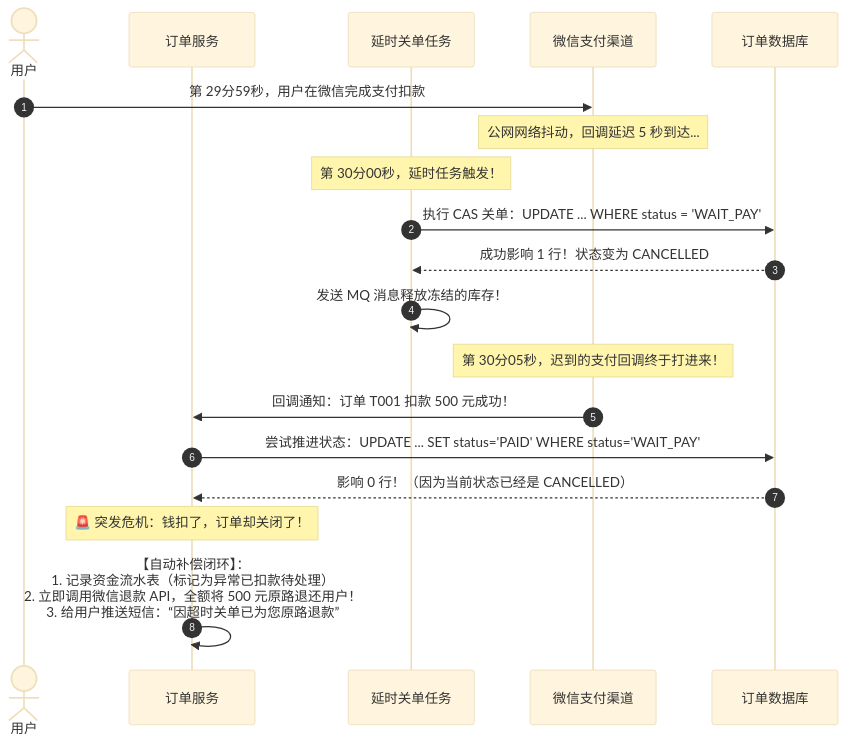
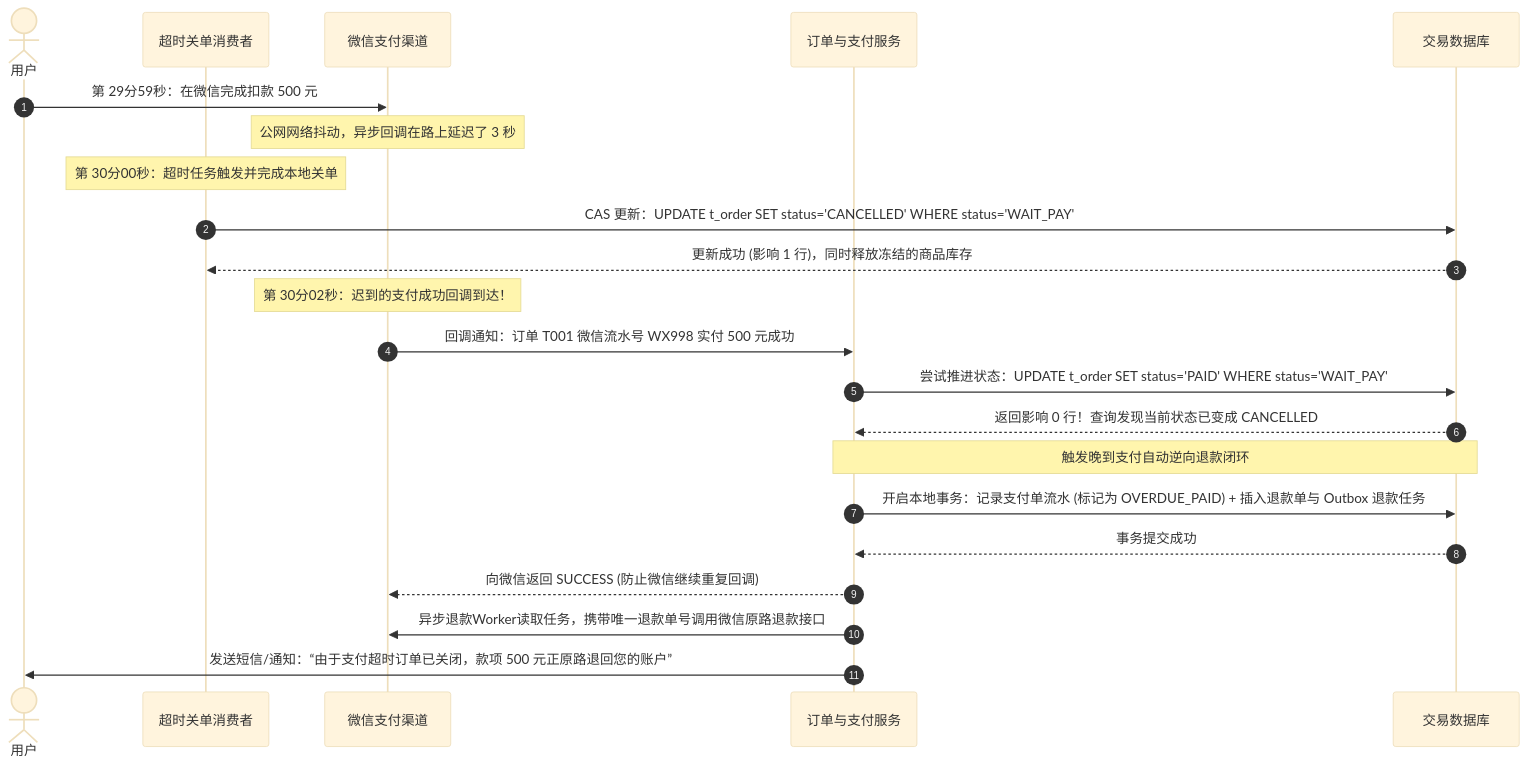
Before and after one commit to GuoWWWX/knowledge-base: the second of 3 diagrams in 20-Java后端/08-系统设计/07-订单系统设计.md, drawn with Mermaid (base theme). The commit also changed other lines of this file and 251 other files, not shown here.

````diff
--- a/20-Java后端/08-系统设计/07-订单系统设计.md
+++ b/20-Java后端/08-系统设计/07-订单系统设计.md
@@ -81,25 +98,28 @@
 ```mermaid
 sequenceDiagram
     autonumber
     actor User as 用户
-    participant App as 订单服务
-    participant Job as 延时关单任务
+    participant Job as 超时关单消费者
     participant Wechat as 微信支付渠道
-    participant DB as 订单数据库
+    participant OrderSvc as 订单与支付服务
+    participant DB as 交易数据库
 
-    User->>Wechat: 第 29分59秒，用户在微信完成支付扣款
-    Note over Wechat: 公网网络抖动，回调延迟 5 秒到达...
-    
-    Note over Job: 第 30分00秒，延时任务触发！
-    Job->>DB: 执行 CAS 关单：UPDATE ... WHERE status = 'WAIT_PAY'
-    DB-->>Job: 成功影响 1 行！状态变为 CANCELLED
-    Job->>Job: 发送 MQ 消息释放冻结的库存！
+    User->>Wechat: 第 29分59秒：在微信完成扣款 500 元
+    Note over Wechat: 公网网络抖动，异步回调在路上延迟了 3 秒
 
-    Note over Wechat: 第 30分05秒，迟到的支付回调终于打进来！
-    Wechat->>App: 回调通知：订单 T001 扣款 500 元成功！
-    App->>DB: 尝试推进状态：UPDATE ... SET status='PAID' WHERE status='WAIT_PAY'
-    DB-->>App: 影响 0 行！（因为当前状态已经是 CANCELLED）
-    
-    Note over App: 🚨 突发危机：钱扣了，订单却关闭了！
-    App->>App: 【自动补偿闭环】：<br/>1. 记录资金流水表（标记为异常已扣款待处理）<br/>2. 立即调用微信退款 API，全额将 500 元原路退还用户！<br/>3. 给用户推送短信：“因超时关单已为您原路退款”
+    Note over Job: 第 30分00秒：超时任务触发并完成本地关单
+    Job->>DB: CAS 更新：UPDATE t_order SET status='CANCELLED' WHERE status='WAIT_PAY'
+    DB-->>Job: 更新成功 (影响 1 行)，同时释放冻结的商品库存
+
+    Note over Wechat: 第 30分02秒：迟到的支付成功回调到达！
+    Wechat->>OrderSvc: 回调通知：订单 T001 微信流水号 WX998 实付 500 元成功
+    OrderSvc->>DB: 尝试推进状态：UPDATE t_order SET status='PAID' WHERE status='WAIT_PAY'
+    DB-->>OrderSvc: 返回影响 0 行！查询发现当前状态已变成 CANCELLED
+
+    Note over OrderSvc,DB: 触发晚到支付自动逆向退款闭环
+    OrderSvc->>DB: 开启本地事务：记录支付单流水 (标记为 OVERDUE_PAID) + 插入退款单与 Outbox 退款任务
+    DB-->>OrderSvc: 事务提交成功
+    OrderSvc-->>Wechat: 向微信返回 SUCCESS (防止微信继续重复回调)
+    OrderSvc->>Wechat: 异步退款Worker读取任务，携带唯一退款单号调用微信原路退款接口
+    OrderSvc->>User: 发送短信/通知：“由于支付超时订单已关闭，款项 500 元正原路退回您的账户”
 ```
````
